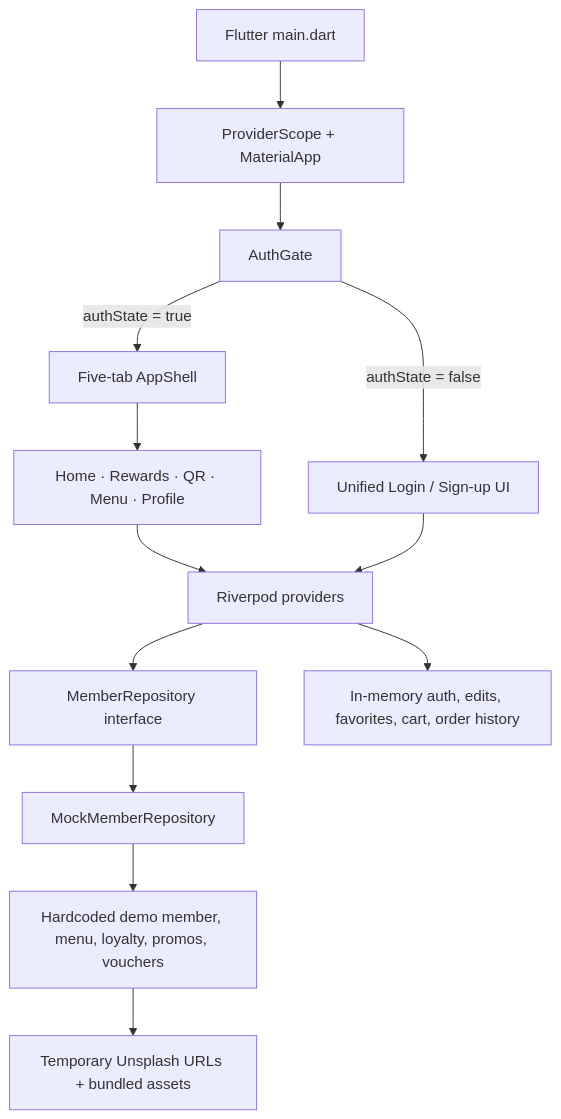
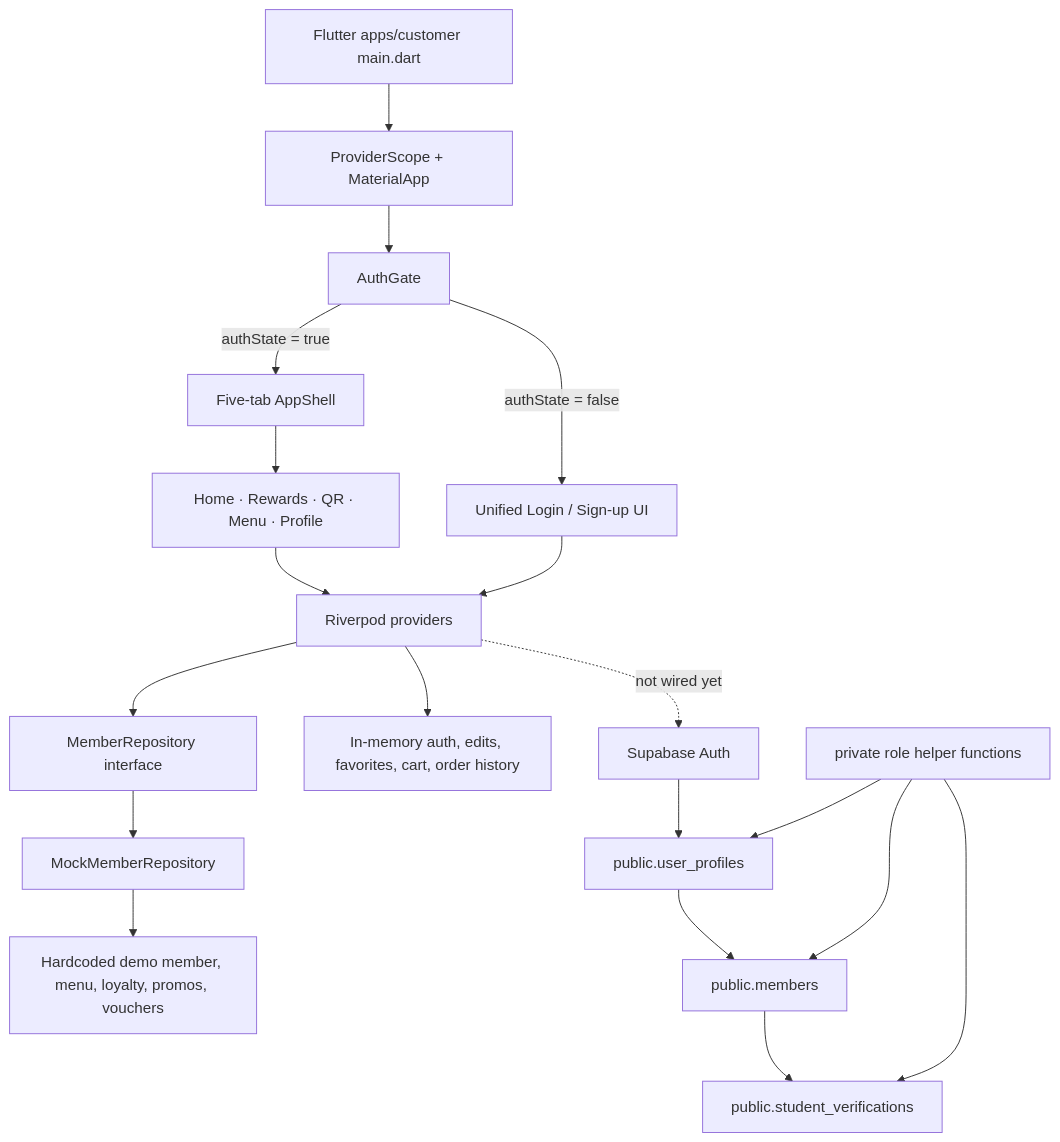
One commit to Hermann-33/Aida_System changed the diagram in docs/context/ARCHITECTURE.md. Above: the diagram before and after it, drawn with Mermaid. The commit also changed other lines of this file, not shown here.

Commit message:
TASK-DB-001: establish Supabase foundation

````diff
--- a/docs/context/ARCHITECTURE.md
+++ b/docs/context/ARCHITECTURE.md
@@ -7,15 +9,23 @@
 ```mermaid
 flowchart TD
-    A["Flutter main.dart"] --> B["ProviderScope + MaterialApp"]
+    A["Flutter apps/customer main.dart"] --> B["ProviderScope + MaterialApp"]
     B --> C["AuthGate"]
     C -->|"authState = false"| D["Unified Login / Sign-up UI"]
     C -->|"authState = true"| E["Five-tab AppShell"]
     E --> F["Home · Rewards · QR · Menu · Profile"]
     F --> G["Riverpod providers"]
     D --> G
     G --> H["MemberRepository interface"]
     H --> I["MockMemberRepository"]
     I --> J["Hardcoded demo member, menu, loyalty, promos, vouchers"]
     G --> K["In-memory auth, edits, favorites, cart, order history"]
-    J --> L["Temporary Unsplash URLs + bundled assets"]
+
+    S["Supabase Auth"] --> P["public.user_profiles"]
+    P --> M["public.members"]
+    M --> V["public.student_verifications"]
+    R["private role helper functions"] --> P
+    R --> M
+    R --> V
+
+    G -. "not wired yet" .-> S
 ```
````
